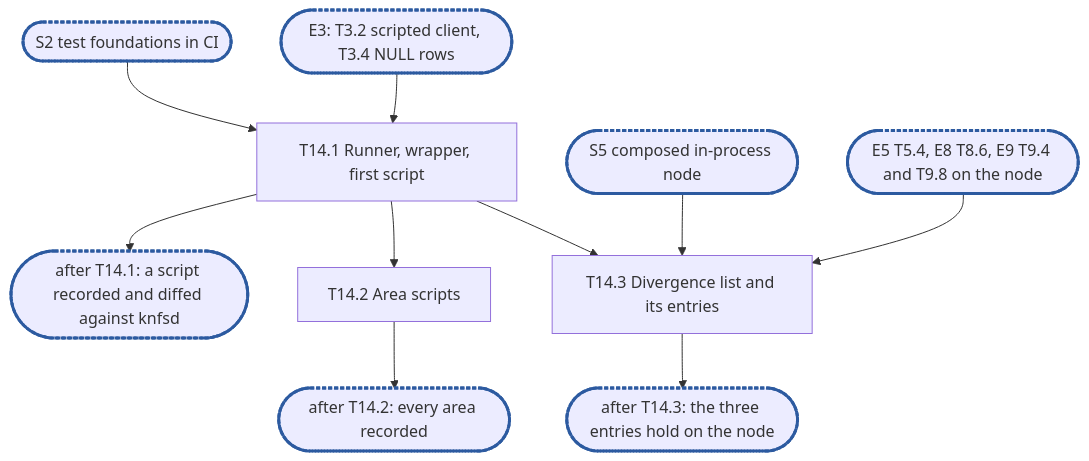
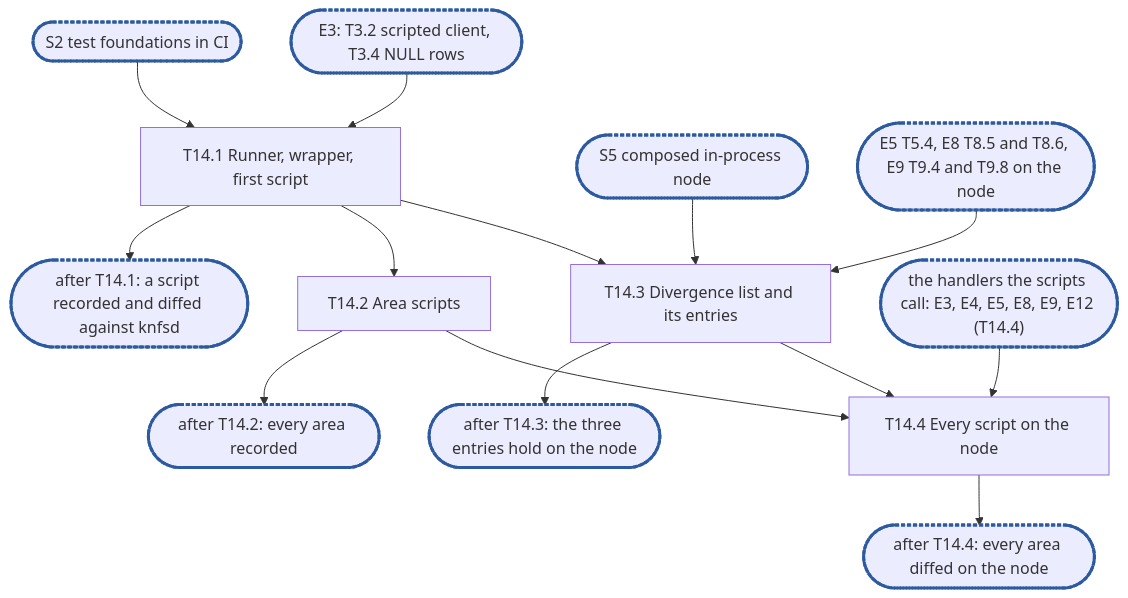
Before and after one commit to cubbit/dittofs: the diagram in .planning/rfc-21-nfs-epic14.md, drawn with Mermaid. The commit also changed other lines of this file and 1 other file, not shown here.

````diff
--- a/.planning/rfc-21-nfs-epic14.md
+++ b/.planning/rfc-21-nfs-epic14.md
@@ -479,13 +531,17 @@
 ```mermaid
 flowchart TD
   S2(["S2 test foundations in CI"]):::sync --> T14_1["T14.1 Runner, wrapper, first script"]
   T14_1 --> C1(["after T14.1: a script recorded and diffed against knfsd"]):::sync
   T14_1 --> T14_2["T14.2 Area scripts"]
   E3(["E3: T3.2 scripted client, T3.4 NULL rows"]):::sync --> T14_1
   S5(["S5 composed in-process node"]):::sync --> T14_3["T14.3 Divergence list and its entries"]
-  EN(["E5 T5.4, E8 T8.6, E9 T9.4 and T9.8 on the node"]):::sync --> T14_3
+  EN(["E5 T5.4, E8 T8.5 and T8.6, E9 T9.4 and T9.8 on the node"]):::sync --> T14_3
   T14_1 --> T14_3
   T14_2 --> C2(["after T14.2: every area recorded"]):::sync
   T14_3 --> C3(["after T14.3: the three entries hold on the node"]):::sync
+  T14_2 --> T14_4["T14.4 Every script on the node"]
+  T14_3 --> T14_4
+  EH(["the handlers the scripts call: E3, E4, E5, E8, E9, E12 (T14.4)"]):::sync --> T14_4
+  T14_4 --> C4(["after T14.4: every area diffed on the node"]):::sync
   classDef sync stroke:#2c5aa0,stroke-width:3px,stroke-dasharray:4 2
 ```
````
